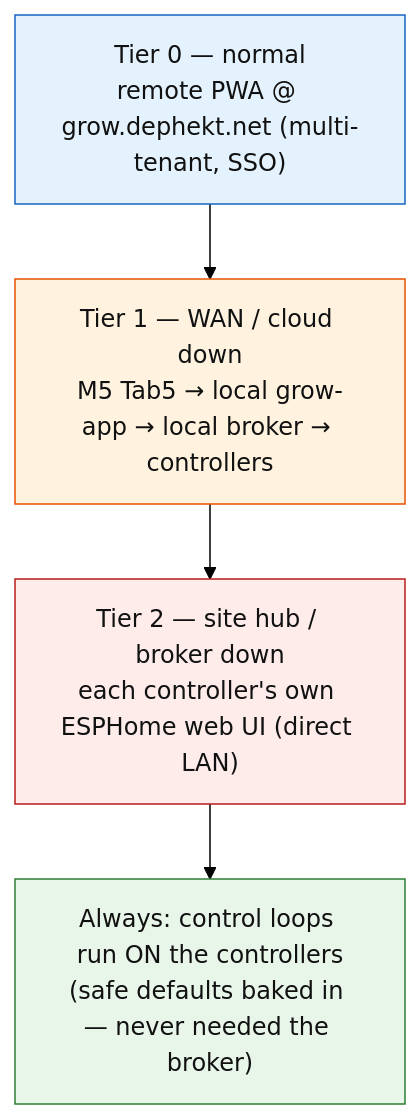
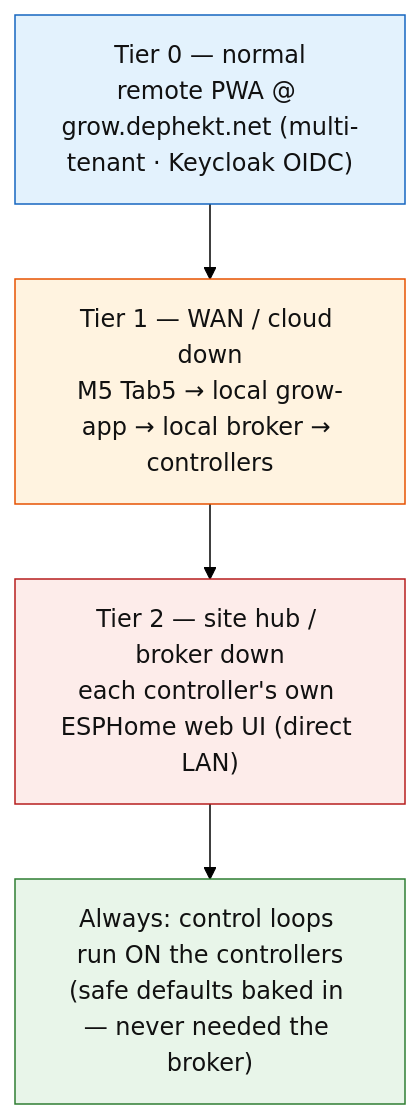
Before and after one commit to dephekt/agent-planning: the first of 3 diagrams in docs/briefs/grow-control-system.md, drawn with Mermaid (forest theme). The commit also changed other lines of this file, not shown here.

First line of the commit message:
feat(grow-control): move human auth to app-level Keycloak OIDC

````diff
--- a/docs/briefs/grow-control-system.md
+++ b/docs/briefs/grow-control-system.md
@@ -71,13 +71,13 @@
 ```mermaid
 flowchart TB
-  T0["Tier 0 — normal<br/>remote PWA @ grow.dephekt.net (multi-tenant, SSO)"]
+  T0["Tier 0 — normal<br/>remote PWA @ grow.dephekt.net (multi-tenant · Keycloak OIDC)"]
   T1["Tier 1 — WAN / cloud down<br/>M5 Tab5 → local grow-app → local broker → controllers"]
   T2["Tier 2 — site hub / broker down<br/>each controller's own ESPHome web UI (direct LAN)"]
   LOOP["Always: control loops run ON the controllers<br/>(safe defaults baked in — never needed the broker)"]
   T0 --> T1 --> T2 --> LOOP
   classDef a fill:#e3f2fd,stroke:#1565c0,color:#111;
   classDef b fill:#fff3e0,stroke:#e65100,color:#111;
   classDef c fill:#fdecea,stroke:#b71c1c,color:#111;
   classDef d fill:#e8f5e9,stroke:#2e7d32,color:#111;
   class T0 a; class T1 b; class T2 c; class LOOP d;
 ```
````
